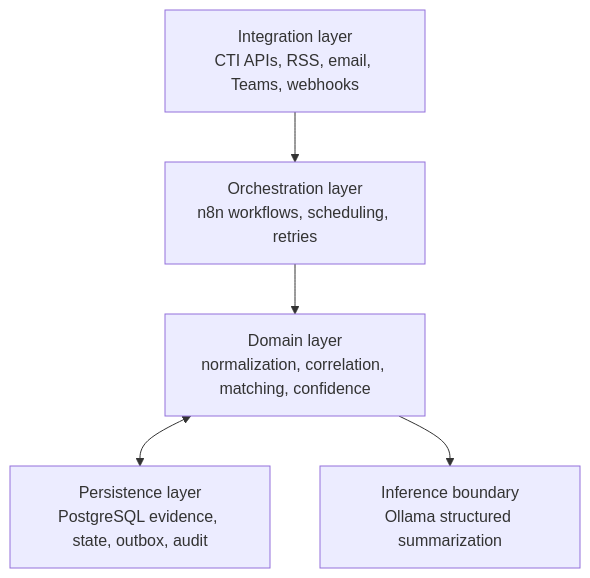
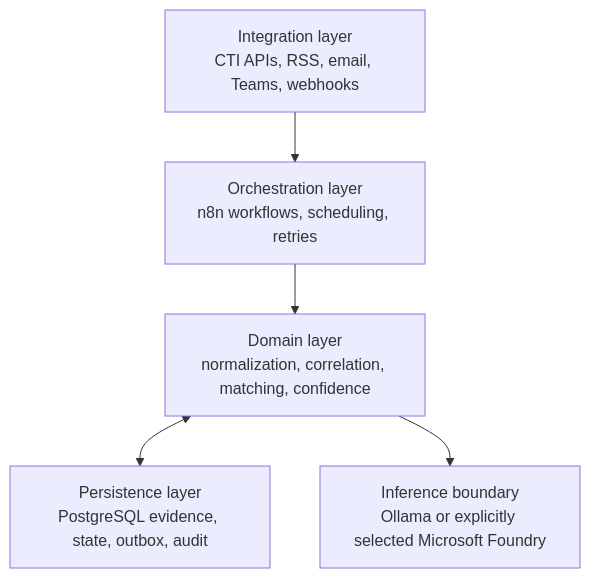
Before and after one commit to DimLeon009/threat-claim-monitor: the first of 6 diagrams in docs/architecture/architecture.md, drawn with Mermaid. The commit also changed other lines of this file and 19 other files, not shown here.

First line of the commit message:
feat: add provider-aware Microsoft Foundry analysis (#6)

````diff
--- a/docs/architecture/architecture.md
+++ b/docs/architecture/architecture.md
@@ -59,13 +59,13 @@
 ```mermaid
 flowchart TB
     L1["Integration layer<br/>CTI APIs, RSS, email, Teams, webhooks"]
     L2["Orchestration layer<br/>n8n workflows, scheduling, retries"]
     L3["Domain layer<br/>normalization, correlation, matching, confidence"]
     L4["Persistence layer<br/>PostgreSQL evidence, state, outbox, audit"]
-    L5["Inference boundary<br/>Ollama structured summarization"]
+    L5["Inference boundary<br/>Ollama or explicitly selected Microsoft Foundry"]
 
     L1 --> L2
     L2 --> L3
     L3 <--> L4
     L3 --> L5
 ```
````
